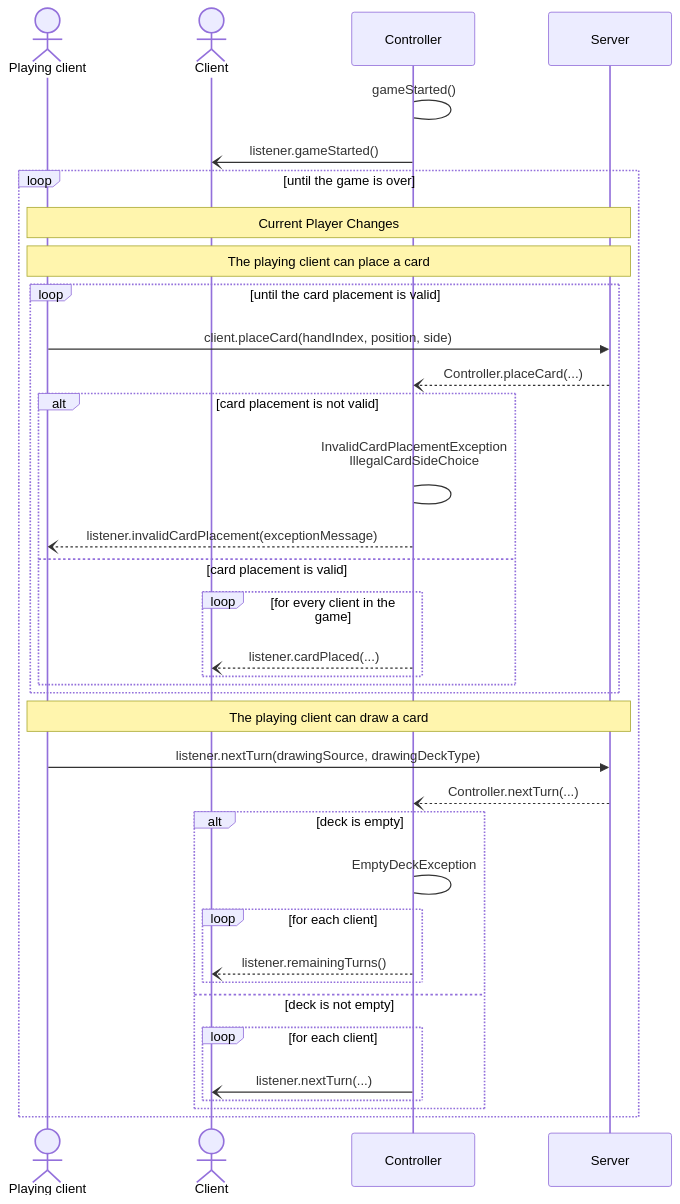
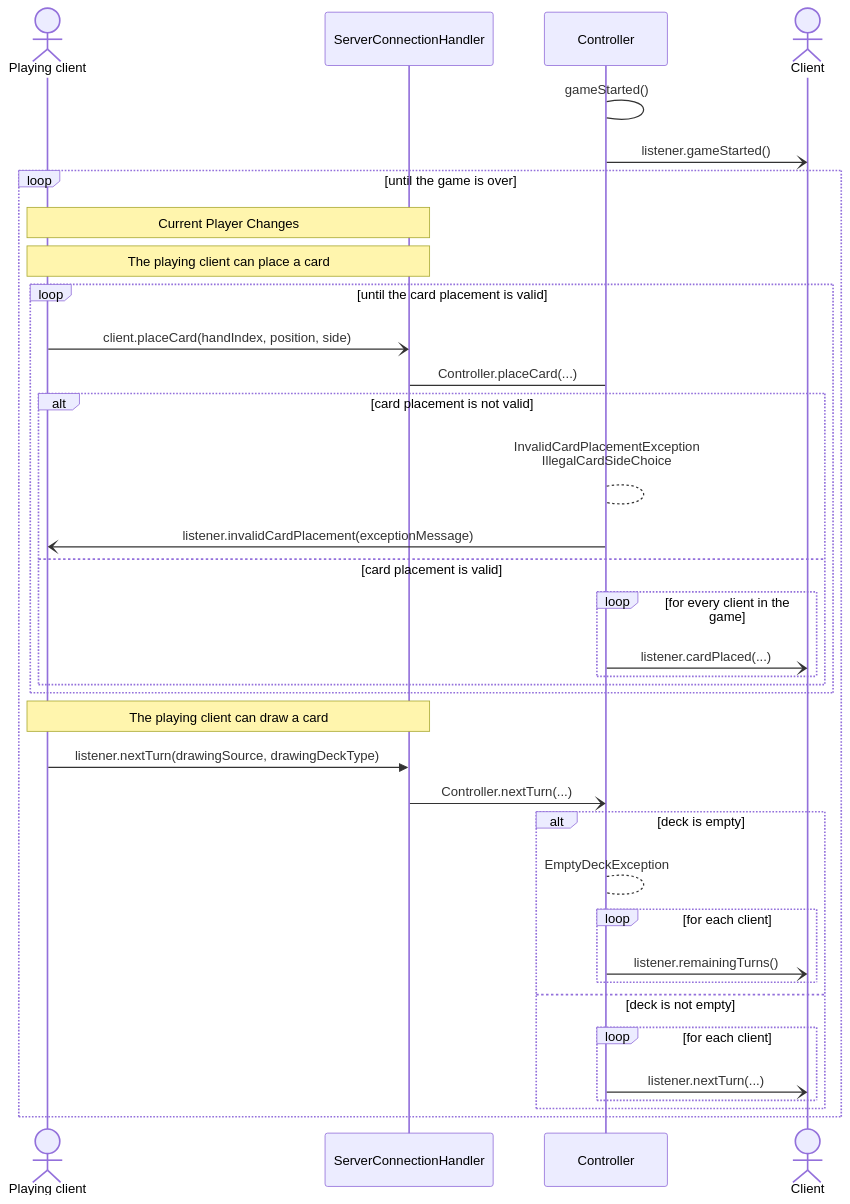
Before and after one commit to frephs/IS24-AM21: the seventh of 9 diagrams in documentation_wip/network_protocol.md, drawn with Mermaid. The commit also changed other lines of this file, not shown here.

````diff
--- a/documentation_wip/network_protocol.md
+++ b/documentation_wip/network_protocol.md
@@ -271,42 +273,44 @@
 ```mermaid
 sequenceDiagram
     actor Playing client
+    participant Server as ServerConnectionHandler
+    participant Controller 
     actor Client
     Controller -> Controller: gameStarted()
     Controller -) Client : listener.gameStarted()
 
     loop until the game is over
         # New turn 
         Note over Server,Playing client: Current Player Changes
         
         # Place card  
         Note over Playing client,Server: The playing client can place a card  
         loop until the card placement is valid
-            Playing client ->> Server : client.placeCard(handIndex, position, side)
-            Server --) Controller: Controller.placeCard(...)
+            Playing client -) Server : client.placeCard(handIndex, position, side)
+            Server -> Controller: Controller.placeCard(...)
             alt card placement is not valid
-                Controller -> Controller: InvalidCardPlacementException <br> IllegalCardSideChoice <br>
-                Controller --) Playing client : listener.invalidCardPlacement(exceptionMessage)
+                Controller --> Controller: InvalidCardPlacementException <br> IllegalCardSideChoice <br>
+                Controller -) Playing client : listener.invalidCardPlacement(exceptionMessage)
             else card placement is valid
                 loop for every client in the game
-                    Controller --) Client : listener.cardPlaced(...)
+                    Controller -) Client : listener.cardPlaced(...)
                 end
             end
         end        
 
         # Draw card 
         Note over Playing client,Server: The playing client can draw a card
         Playing client ->> Server : listener.nextTurn(drawingSource, drawingDeckType)
-        Server --) Controller: Controller.nextTurn(...)
+        Server -) Controller: Controller.nextTurn(...)
         alt deck is empty
-            Controller -> Controller: EmptyDeckException
+            Controller --> Controller: EmptyDeckException
             loop for each client
-                Controller --) Client : listener.remainingTurns()
+                Controller -) Client : listener.remainingTurns()
             end
         else deck is not empty
             loop for each client
                 Controller -) Client : listener.nextTurn(...)
             end
         end
     end
 ```
````
